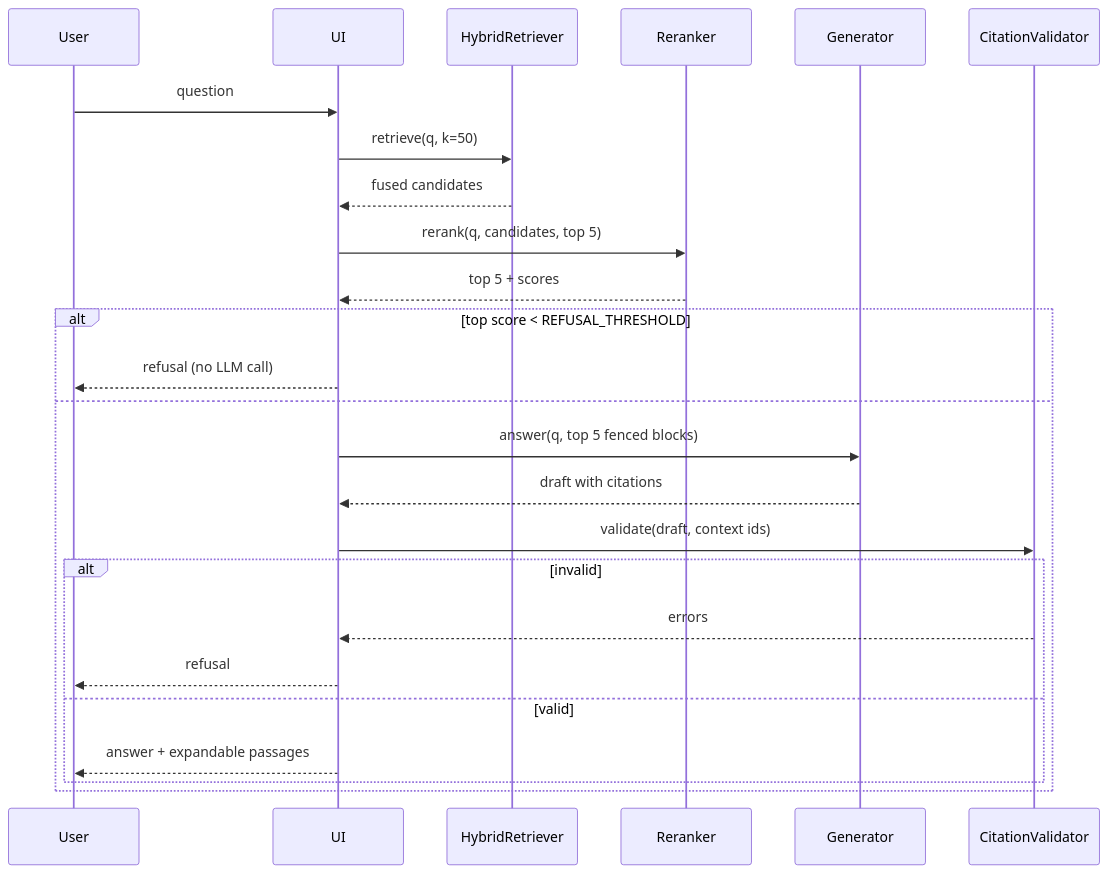
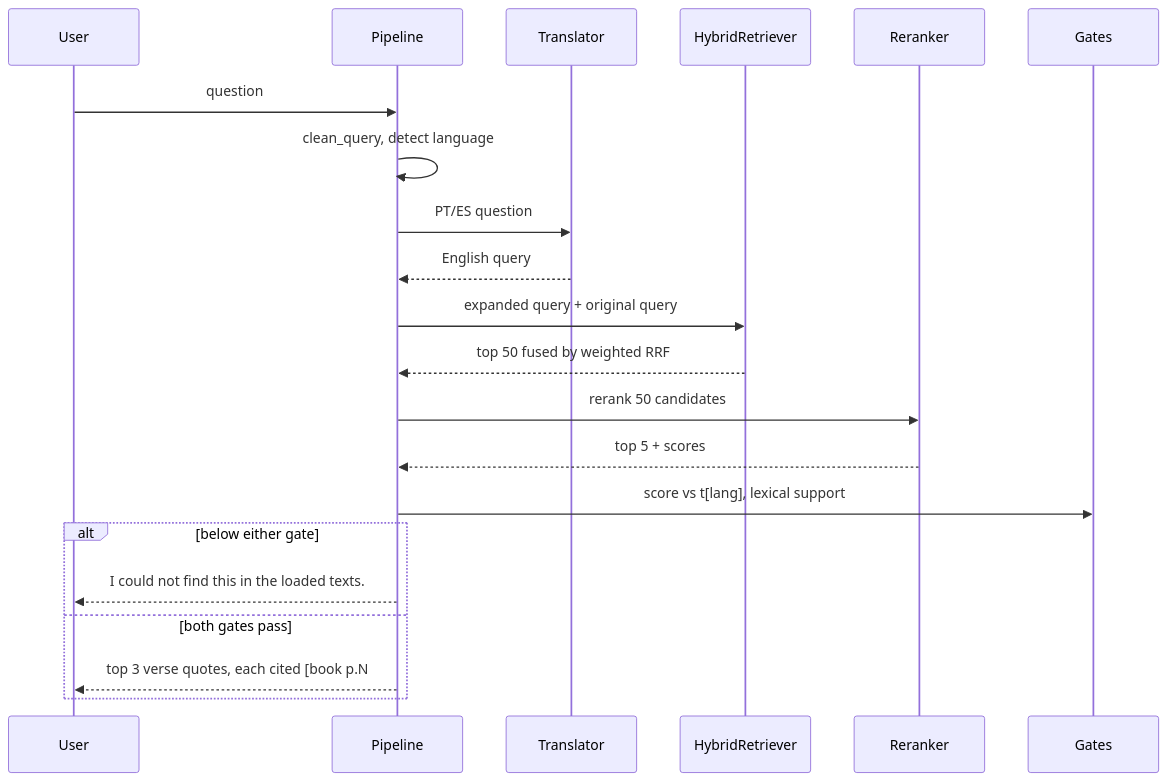
Before and after one commit to IgorCSIS/scripture-rag: the fourth of 9 diagrams in docs/ARCHITECTURE.md, drawn with Mermaid. The commit also changed other lines of this file and 5 other files, not shown here.

Commit message:
README and ARCHITECTURE match the final extractive pipeline: two gates, translation, verse chunks, parity; descriptive alt text; fresh screenshots

````diff
--- a/docs/ARCHITECTURE.md
+++ b/docs/ARCHITECTURE.md
@@ -61,27 +66,23 @@
 ```mermaid
 sequenceDiagram
   participant U as User
-  participant UI
+  participant P as Pipeline
+  participant T as Translator
   participant R as HybridRetriever
   participant RR as Reranker
-  participant G as Generator
-  participant V as CitationValidator
-  U->>UI: question
-  UI->>R: retrieve(q, k=50)
-  R-->>UI: fused candidates
-  UI->>RR: rerank(q, candidates, top 5)
-  RR-->>UI: top 5 + scores
-  alt top score < REFUSAL_THRESHOLD
-    UI-->>U: refusal (no LLM call)
-  else
-    UI->>G: answer(q, top 5 fenced blocks)
-    G-->>UI: draft with citations
-    UI->>V: validate(draft, context ids)
-    alt invalid
-      V-->>UI: errors
-      UI-->>U: refusal
-    else valid
-      UI-->>U: answer + expandable passages
-    end
+  participant G as Gates
+  U->>P: question
+  P->>P: clean_query, detect language
+  P->>T: PT/ES question
+  T-->>P: English query
+  P->>R: expanded query + original query
+  R-->>P: top 50 fused by weighted RRF
+  P->>RR: rerank 50 candidates
+  RR-->>P: top 5 + scores
+  P->>G: score vs t[lang], lexical support
+  alt below either gate
+    P-->>U: I could not find this in the loaded texts.
+  else both gates pass
+    P-->>U: top 3 verse quotes, each cited [book p.N #id]
   end
 ```
````
